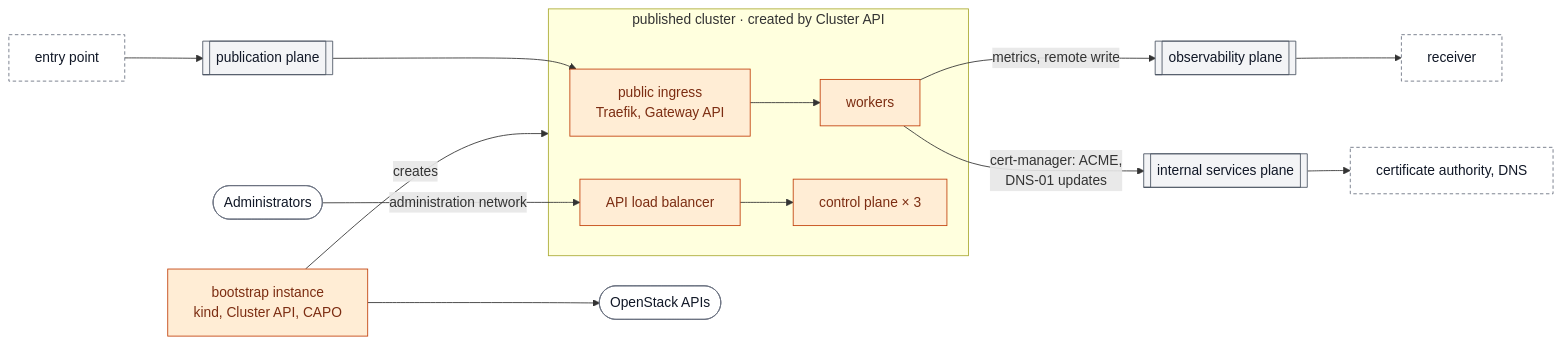
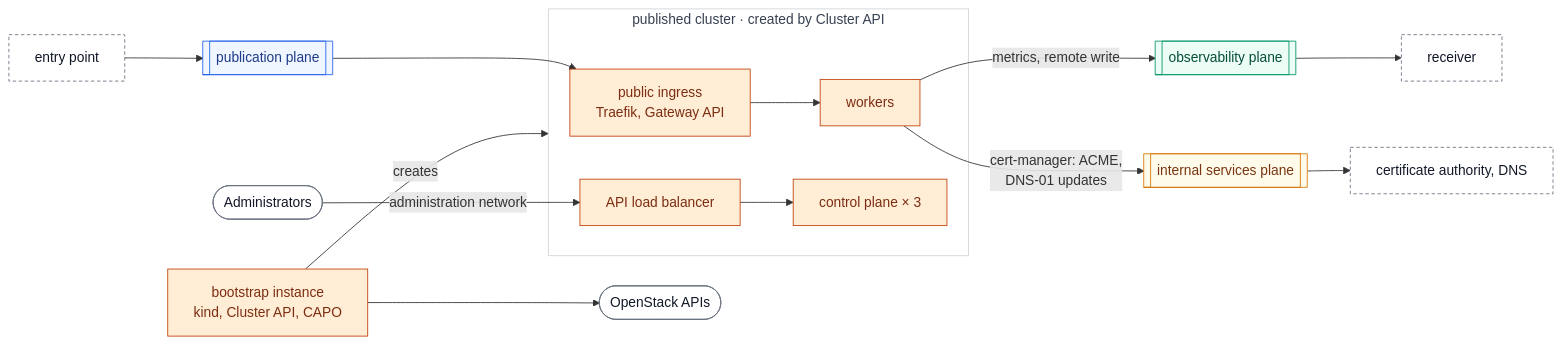
Before and after one commit to CyprisTech/openstack-multitenant-reference: the first of 2 diagrams in stacks/tenants/kubernetes/README.md, drawn with Mermaid. The commit also changed other lines of this file and 17 other files, not shown here.

First line of the commit message:
Diagrams: tenants by exposure, one palette by role, compact diagrams

````diff
--- a/stacks/tenants/kubernetes/README.md
+++ b/stacks/tenants/kubernetes/README.md
@@ -13,26 +13,33 @@
 ```mermaid
 flowchart LR
     EP["entry point"] --> PUB[["publication plane"]]
     subgraph CL["published cluster · created by Cluster API"]
         IN["public ingress<br/>Traefik, Gateway API"] --> WK["workers"]
         API["API load balancer"] --> CP["control plane × 3"]
     end
     PUB --> IN
     WK -->|"metrics, remote write"| MON[["observability plane"]]
     MON --> RCV["receiver"]
     WK -->|"cert-manager: ACME,<br/>DNS-01 updates"| INT[["internal services plane"]]
     INT --> SVC["certificate authority, DNS"]
     ADM(["Administrators"]) -->|"administration network"| API
     BS["bootstrap instance<br/>kind, Cluster API, CAPO"] -->|"creates"| CL
     BS --> OS(["OpenStack APIs"])
 
+
     classDef shared fill:#dbeafe,stroke:#1d4ed8,color:#1e3a8a
-    classDef plane fill:#f3f4f6,stroke:#4b5563,color:#111827
+    classDef pub fill:#eff6ff,stroke:#2563eb,color:#1e3a8a
+    classDef int fill:#fffbeb,stroke:#d97706,color:#78350f
+    classDef obs fill:#ecfdf5,stroke:#059669,color:#064e3b
     classDef tenant fill:#ffedd5,stroke:#c2410c,color:#7c2d12
     classDef outside fill:#ffffff,stroke:#6b7280,color:#111827
     classDef other fill:#ffffff,stroke:#6b7280,color:#111827,stroke-dasharray:4 3
     class IN,WK,API,CP,BS tenant
-    class PUB,MON,INT plane
+    class PUB pub
+    class INT int
+    class MON obs
     class EP,RCV,SVC other
     class ADM,OS outside
+    classDef group fill:#ffffff,stroke:#d1d5db,color:#374151
+    class CL group
 ```
````
